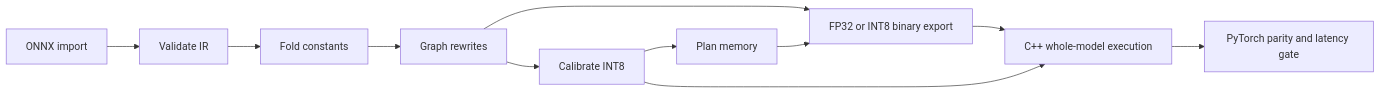
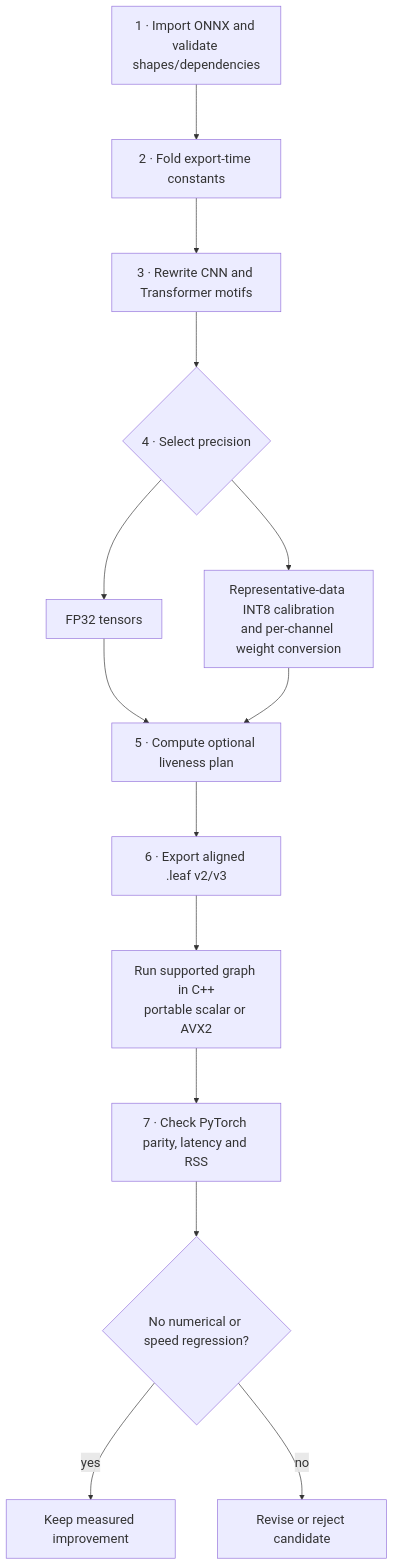
One commit to Nbit-51/Leaf changed the second of 2 diagrams in README.md. Above: the diagram before and after it, drawn with Mermaid. The commit also changed other lines of this file and 21 other files, not shown here.

````diff
--- a/README.md
+++ b/README.md
@@ -101,13 +106,23 @@
 ```mermaid
-flowchart LR
-    A[ONNX import] --> B[Validate IR]
-    B --> C[Fold constants]
-    C --> D[Graph rewrites]
-    D --> E[Calibrate INT8]
-    E --> F[Plan memory]
-    D --> G[FP32 or INT8 binary export]
-    G --> H[C++ whole-model execution]
-    E --> H
-    F --> G
-    H --> I[PyTorch parity and latency gate]
+%%{init: {"themeVariables": {"fontSize": "20px"}, "flowchart": {"nodeSpacing": 65, "rankSpacing": 85}}}%%
+flowchart TB
+    A[1 · Import ONNX and validate shapes/dependencies]
+    B[2 · Fold export-time constants]
+    C[3 · Rewrite CNN and Transformer motifs]
+    D{4 · Select precision}
+    E[FP32 tensors]
+    F[Representative-data INT8 calibration<br/>and per-channel weight conversion]
+    G[5 · Compute optional liveness plan]
+    H[6 · Export aligned .leaf v2/v3]
+    I[Run supported graph in C++<br/>portable scalar or AVX2]
+    J[7 · Check PyTorch parity, latency and RSS]
+    K{No numerical or speed regression?}
+    L[Keep measured improvement]
+    M[Revise or reject candidate]
+    A --> B --> C --> D
+    D --> E --> G
+    D --> F --> G
+    G --> H --> I --> J --> K
+    K -- yes --> L
+    K -- no --> M
 ```
````
